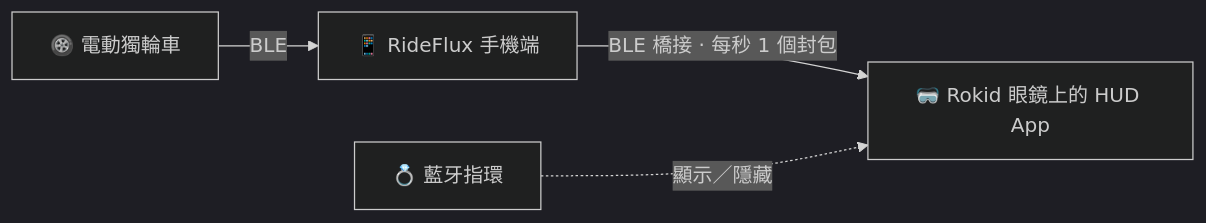
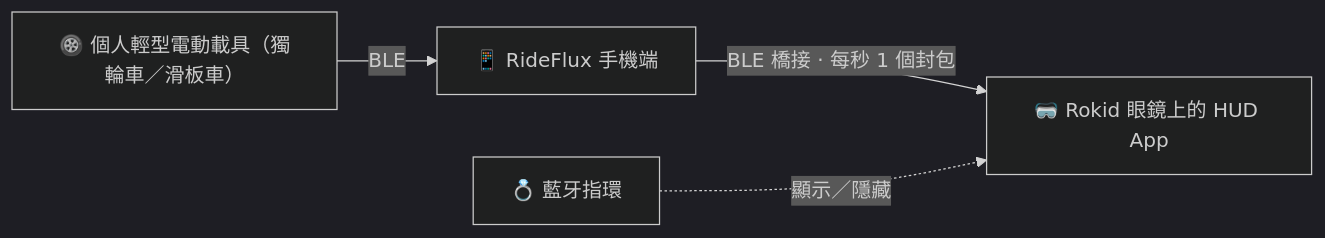
One commit to zero2005x/RideFlux changed the diagram in README.zh-TW.md. Above: the diagram before and after it, drawn with Mermaid (dark theme). The commit also changed other lines of this file and 4 other files, not shown here.

Commit message:
docs: Comprehensive PLEV Architecture White Paper, updated PROTOCOLS & README

````diff
--- a/README.zh-TW.md
+++ b/README.zh-TW.md
@@ -54,6 +54,6 @@
 ```mermaid
 flowchart LR
-    W["🛞 電動獨輪車"] -- "BLE" --> P["📱 RideFlux 手機端"]
+    W["🛞 個人輕型電動載具（獨輪車／滑板車）"] -- "BLE" --> P["📱 RideFlux 手機端"]
     P -- "BLE 橋接 · 每秒 1 個封包" --> G["🥽 Rokid 眼鏡上的 HUD App"]
     R["💍 藍牙指環"] -. "顯示／隱藏" .-> G
 ```
````
